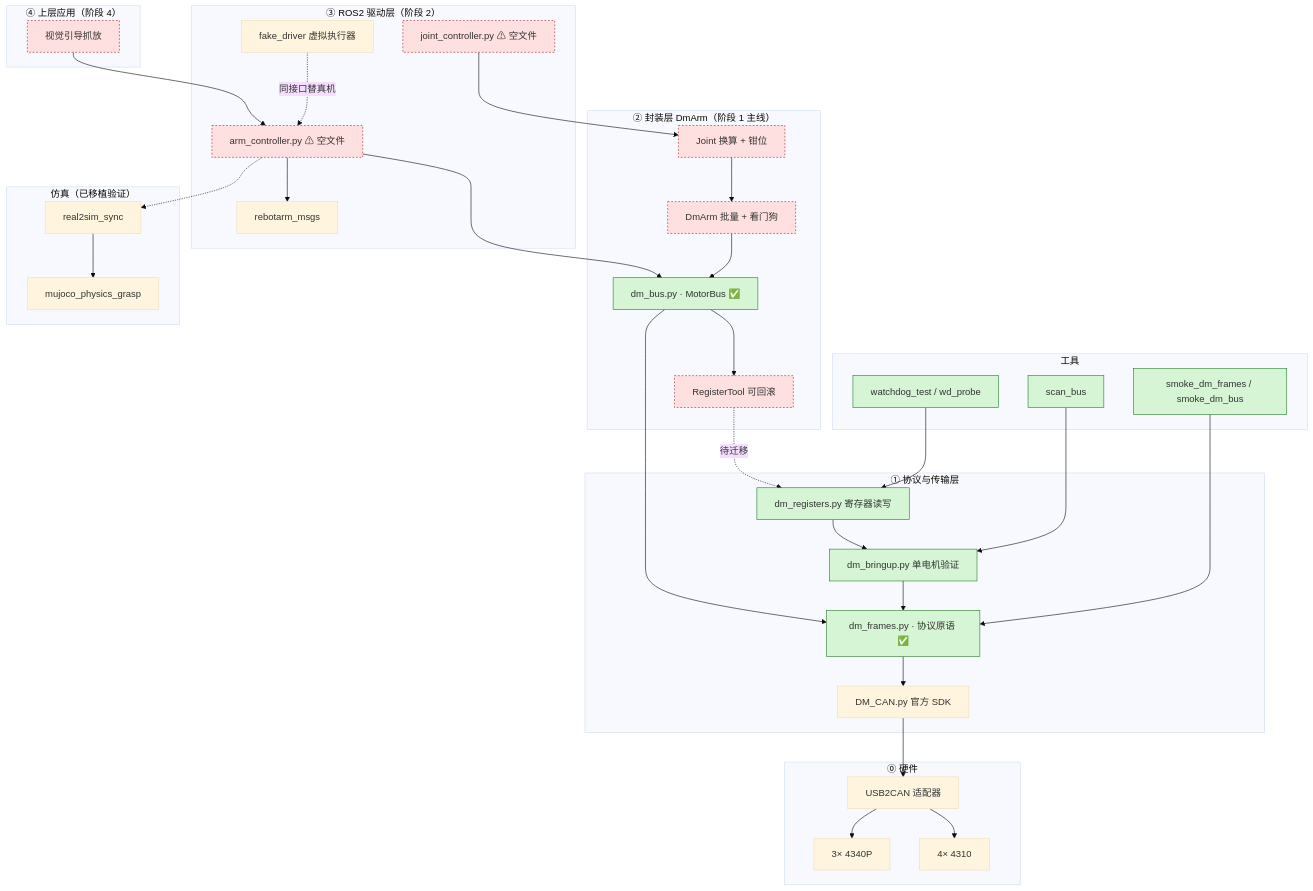
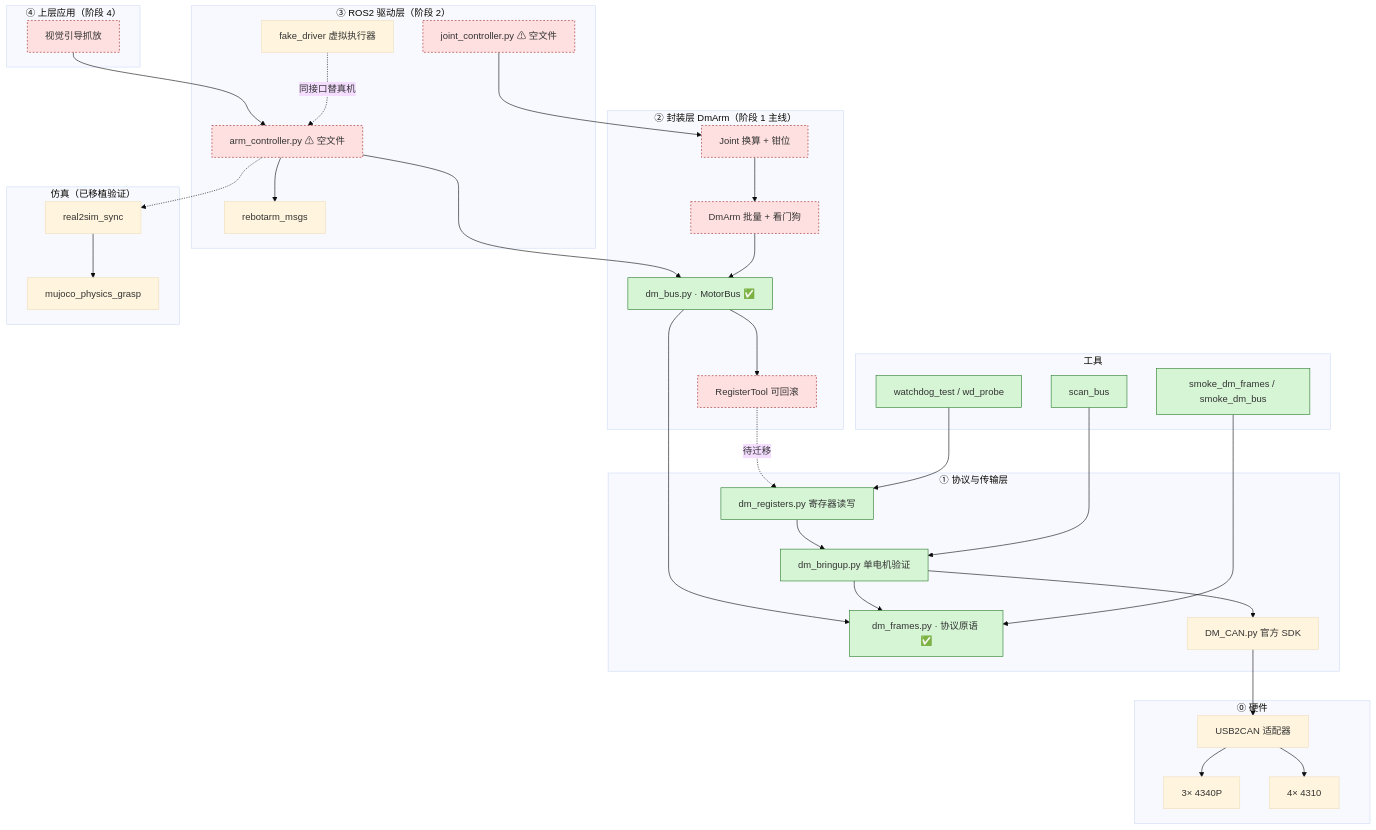
Before and after one commit to Yln-shen/DM_Armx: the first of 2 diagrams in ARCHITECTURE.md, drawn with Mermaid (base theme). The commit also changed other lines of this file and 44 other files, not shown here.

````diff
--- a/ARCHITECTURE.md
+++ b/ARCHITECTURE.md
@@ -43,66 +43,66 @@
 ```mermaid
 flowchart TB
     subgraph L4["④ 上层应用（阶段 4）"]
         CAP["视觉引导抓放"]
     end
 
     subgraph L3["③ ROS2 驱动层（阶段 2）"]
         CTRL["arm_controller.py ⚠ 空文件"]
         JCTRL["joint_controller.py ⚠ 空文件"]
         MSGS["rebotarm_msgs"]
         FAKE["fake_driver 虚拟执行器"]
     end
 
     subgraph L2["② 封装层 DmArm（阶段 1 主线）"]
         BUS["dm_bus.py · MotorBus ✅"]
         JOINT["Joint 换算 + 钳位"]
         ARM["DmArm 批量 + 看门狗"]
         REGTOOL["RegisterTool 可回滚"]
     end
 
     subgraph L1["① 协议与传输层"]
         FRAMES["dm_frames.py · 协议原语 ✅"]
         BRINGUP["dm_bringup.py 单电机验证"]
         REGS["dm_registers.py 寄存器读写"]
         SDK["DM_CAN.py 官方 SDK"]
     end
 
     subgraph TOOLS["工具"]
         SCAN["scan_bus"]
         WDT["watchdog_test / wd_probe"]
         SMOKE["smoke_dm_frames / smoke_dm_bus"]
     end
 
     subgraph SIM["仿真（已移植验证）"]
         R2S["real2sim_sync"]
         PHYS["mujoco_physics_grasp"]
     end
 
     subgraph L0["⓪ 硬件"]
         ADAPTER["USB2CAN 适配器"]
         M40["3× 4340P"]
         M31["4× 4310"]
     end
 
     CAP --> CTRL --> MSGS
     CTRL --> BUS
     JCTRL --> JOINT --> ARM --> BUS
     BUS --> REGTOOL
     REGTOOL -.->|待迁移| REGS
     BUS --> FRAMES
     BRINGUP --> FRAMES
     REGS --> BRINGUP
     SCAN --> BRINGUP
     WDT --> REGS
     SMOKE --> FRAMES
-    FRAMES --> SDK
+    BRINGUP --> SDK
     SDK --> ADAPTER --> M40
     ADAPTER --> M31
     FAKE -.->|同接口替真机| CTRL
     CTRL -.-> R2S --> PHYS
 
     classDef done fill:#d5f5d5,stroke:#2a7a2a
     classDef todo fill:#ffe0e0,stroke:#a02020,stroke-dasharray:3 3
     class FRAMES,BUS,BRINGUP,REGS,SCAN,WDT,SMOKE done
     class JOINT,ARM,REGTOOL,CTRL,JCTRL,CAP todo
 ```
````
